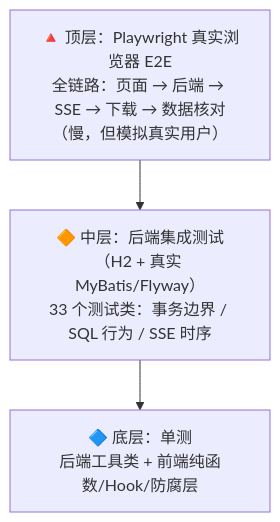
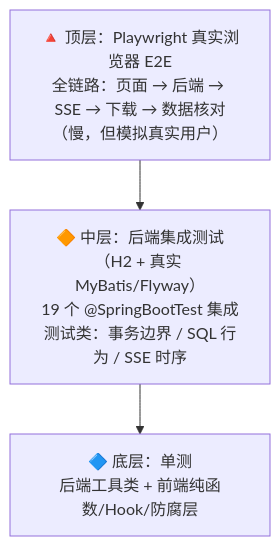
The first of 2 diagrams in doc/11-测试与质量守门.md (wychmod/FlowHub), drawn with Mermaid before and after one commit. The commit also changed other lines of this file and 68 other files, not shown here.

````diff
--- a/doc/11-测试与质量守门.md
+++ b/doc/11-测试与质量守门.md
@@ -11,7 +11,7 @@
 ```mermaid
 flowchart TB
     E2E["🔺 顶层：Playwright 真实浏览器 E2E<br/>全链路：页面 → 后端 → SSE → 下载 → 数据核对<br/>（慢，但模拟真实用户）"]
-    IT["🔶 中层：后端集成测试（H2 + 真实 MyBatis/Flyway）<br/>33 个测试类：事务边界 / SQL 行为 / SSE 时序"]
+    IT["🔶 中层：后端集成测试（H2 + 真实 MyBatis/Flyway）<br/>19 个 @SpringBootTest 集成测试类：事务边界 / SQL 行为 / SSE 时序"]
     UT["🔷 底层：单测<br/>后端工具类 + 前端纯函数/Hook/防腐层"]
     E2E --> IT --> UT
 ```
````
